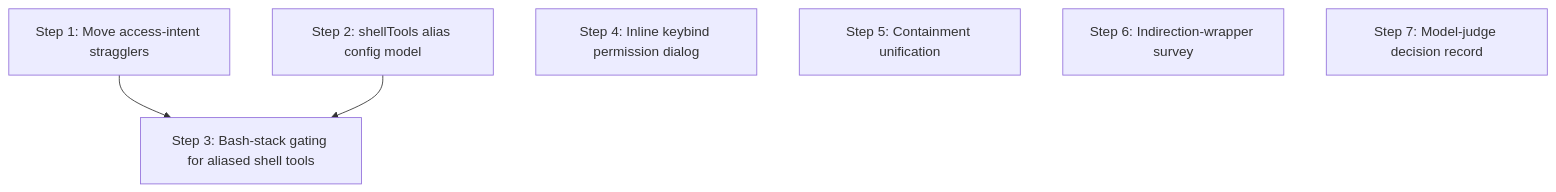
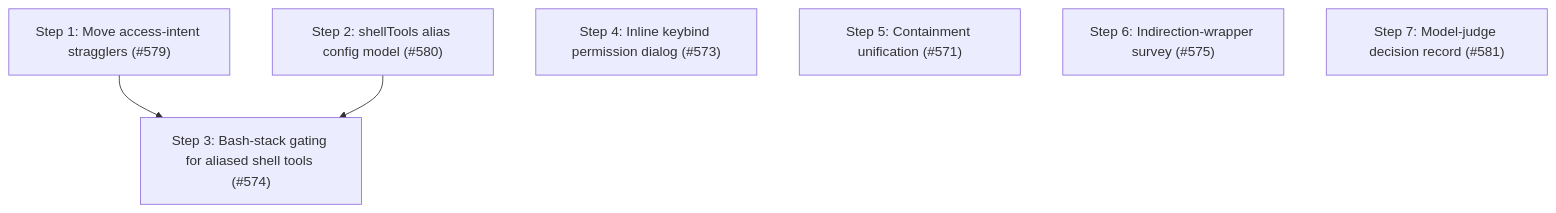
One commit to whaoa/forked-gotgenes-pi-packages changed the fourth of 4 diagrams in packages/pi-permission-system/docs/architecture/architecture.md. Above: the diagram before and after it, drawn with Mermaid. The commit also changed other lines of this file, not shown here.

Commit message:
docs(pi-permission-system): link Phase 11 roadmap steps to issues #579-#581

````diff
--- a/packages/pi-permission-system/docs/architecture/architecture.md
+++ b/packages/pi-permission-system/docs/architecture/architecture.md
@@ -984,12 +984,12 @@
 ```mermaid
 flowchart TD
-    S1["Step 1: Move access-intent stragglers"]
-    S2["Step 2: shellTools alias config model"]
-    S3["Step 3: Bash-stack gating for aliased shell tools"]
-    S4["Step 4: Inline keybind permission dialog"]
-    S5["Step 5: Containment unification"]
-    S6["Step 6: Indirection-wrapper survey"]
-    S7["Step 7: Model-judge decision record"]
+    S1["Step 1: Move access-intent stragglers (#579)"]
+    S2["Step 2: shellTools alias config model (#580)"]
+    S3["Step 3: Bash-stack gating for aliased shell tools (#574)"]
+    S4["Step 4: Inline keybind permission dialog (#573)"]
+    S5["Step 5: Containment unification (#571)"]
+    S6["Step 6: Indirection-wrapper survey (#575)"]
+    S7["Step 7: Model-judge decision record (#581)"]
     S1 --> S3
     S2 --> S3
 ```
````
